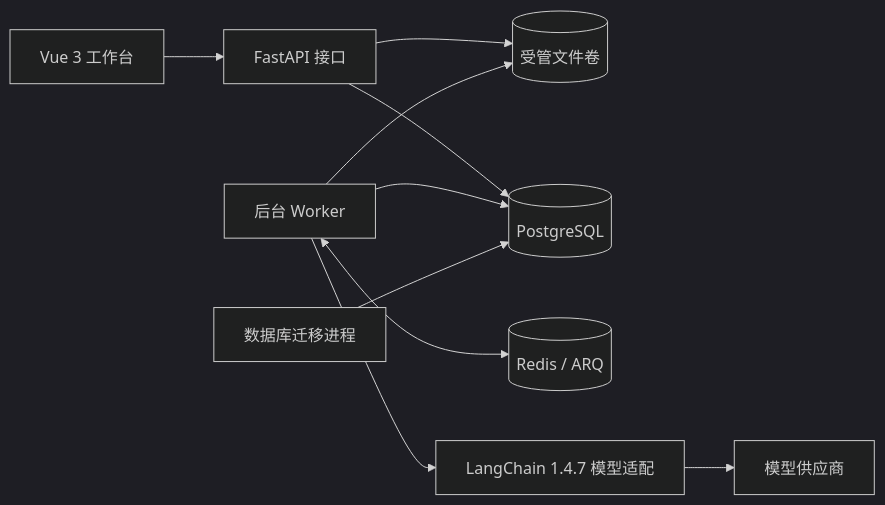
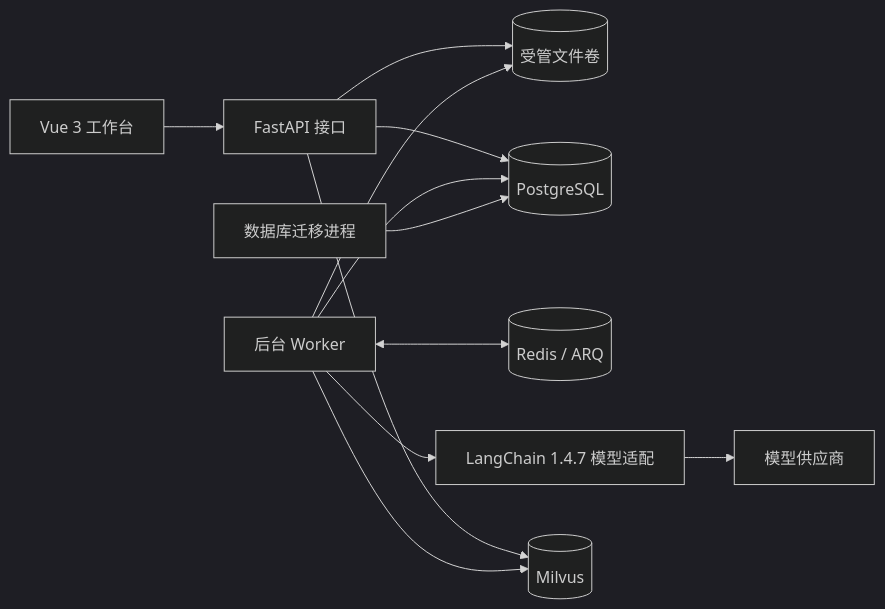
The diagram in README.md (JINAN-xxx/Zhiheng), drawn with Mermaid (dark theme) before and after one commit. The commit also changed other lines of this file and 129 other files, not shown here.

````diff
--- a/README.md
+++ b/README.md
@@ -34,12 +38,14 @@
 ```mermaid
 flowchart LR
     Web[Vue 3 工作台] --> API[FastAPI 接口]
     API --> Files[(受管文件卷)]
     Worker --> Files
     API --> PG[(PostgreSQL)]
     Worker[后台 Worker] --> PG
     Worker <--> Redis[(Redis / ARQ)]
     Worker --> Models[LangChain 1.4.7 模型适配]
     Models --> Provider[模型供应商]
+    API --> Vector[(Milvus)]
+    Worker --> Vector
     Migrator[数据库迁移进程] --> PG
 ```
````
